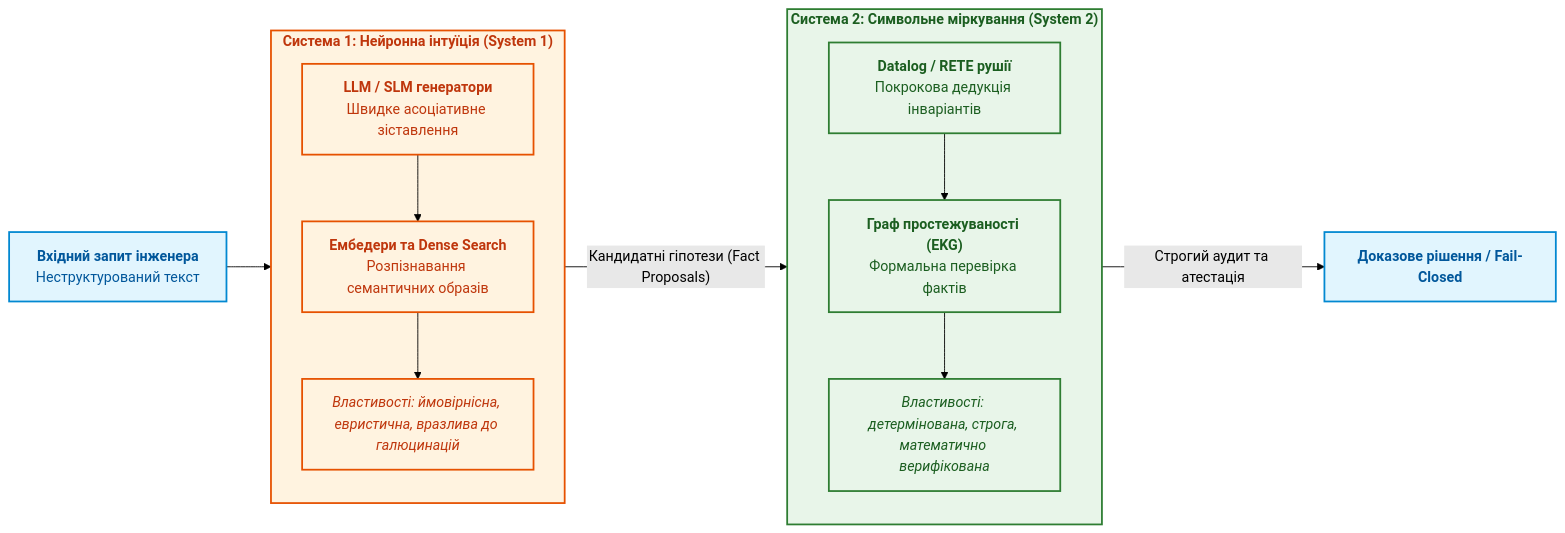
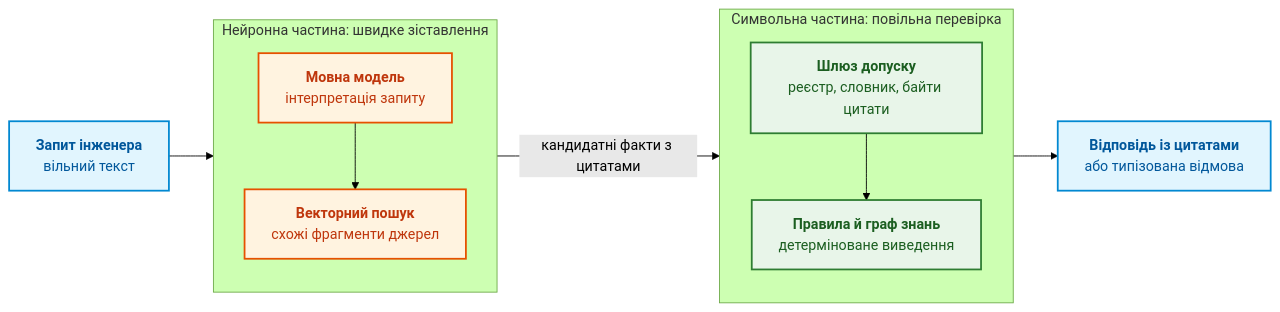
The first of 2 diagrams in ExpertSystem/ch29-neuro-symbolic-architecture.md (nick-fedchik/articles), drawn with Mermaid (forest theme) before and after one commit. The commit also changed other lines of this file, not shown here.

````diff
--- a/ExpertSystem/ch29-neuro-symbolic-architecture.md
+++ b/ExpertSystem/ch29-neuro-symbolic-architecture.md
@@ -91,33 +37,29 @@
 ```mermaid
 flowchart LR
-    accTitle: Когнітивний дуалізм Канемана в архітектурі ШІ
-    accDescr: Взаємодія між швидкою інтуїтивною Системою 1 на базі нейромереж та повільною алгоритмічною Системою 2 на базі символьної логіки.
+    accTitle: Розподіл обов'язків між нейронною й символьною частинами
+    accDescr: Вільний запит інженера потрапляє до нейронної частини, яка зіставляє формулювання й пропонує кандидатні факти; символьна частина перевіряє кандидатів і повертає доказову відповідь або відмову.
 
-    subgraph S1["<b>Система 1: Нейронна інтуїція (System 1)</b>"]
+    Input["<b>Запит інженера</b><br/>вільний текст"] --> S1
+    subgraph S1["Нейронна частина: швидке зіставлення"]
         direction TB
-        M1["<b>LLM / SLM генератори</b><br/>Швидке асоціативне зіставлення"]
-        M2["<b>Ембедери та Dense Search</b><br/>Розпізнавання семантичних образів"]
-        M3["<i>Властивості: ймовірнісна, евристична, вразлива до галюцинацій</i>"]
-        M1 --> M2 --> M3
+        M1["<b>Мовна модель</b><br/>інтерпретація запиту"]
+        M2["<b>Векторний пошук</b><br/>схожі фрагменти джерел"]
+        M1 --> M2
     end
-
-    subgraph S2["<b>Система 2: Символьне міркування (System 2)</b>"]
+    S1 -->|"кандидатні факти з цитатами"| S2
+    subgraph S2["Символьна частина: повільна перевірка"]
         direction TB
-        R1["<b>Datalog / RETE рушії</b><br/>Покрокова дедукція інваріантів"]
-        R2["<b>Граф простежуваності (EKG)</b><br/>Формальна перевірка фактів"]
-        R3["<i>Властивості: детермінована, строга, математично верифікована</i>"]
-        R1 --> R2 --> R3
+        R1["<b>Шлюз допуску</b><br/>реєстр, словник, байти цитати"]
+        R2["<b>Правила й граф знань</b><br/>детерміноване виведення"]
+        R1 --> R2
     end
-
-    Input["<b>Вхідний запит інженера</b><br/>Неструктурований текст"] --> S1
-    S1 -->|"Кандидатні гіпотези (Fact Proposals)"| S2
-    S2 -->|"Строгий аудит та атестація"| Verdict["<b>Доказове рішення / Fail-Closed</b>"]
+    S2 --> Verdict["<b>Відповідь із цитатами</b><br/>або типізована відмова"]
 
     classDef s1 fill:#fff3e0,stroke:#e65100,stroke-width:2px,color:#bf360c;
     classDef s2 fill:#e8f5e9,stroke:#2e7d32,stroke-width:2px,color:#1b5e20;
     classDef io fill:#e1f5fe,stroke:#0288d1,stroke-width:2px,color:#01579b;
 
-    class S1,M1,M2,M3 s1;
-    class S2,R1,R2,R3 s2;
+    class M1,M2 s1;
+    class R1,R2 s2;
     class Input,Verdict io;
 ```
````
